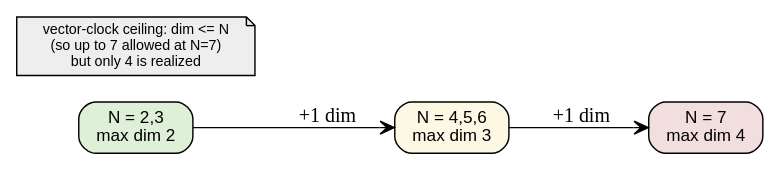
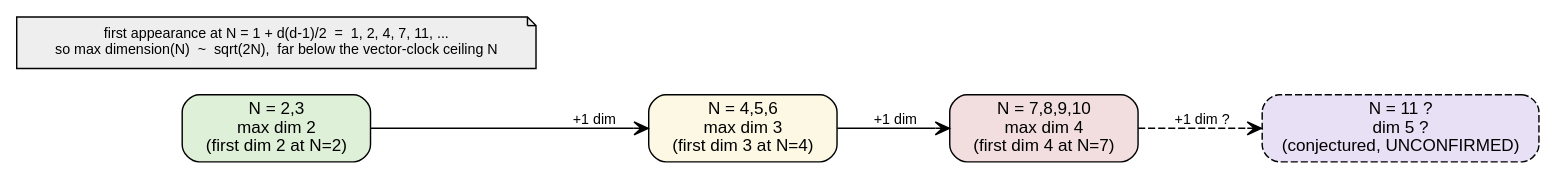
Before and after one commit to KotyanTheKhan/playground: the diagram in nomadim/data/frontier-sync/figs/dim_vs_n.dot, drawn with Graphviz. The commit also changed 8 other files, not shown here.

```diff
--- a/nomadim/data/frontier-sync/figs/dim_vs_n.dot
+++ b/nomadim/data/frontier-sync/figs/dim_vs_n.dot
@@ -1,18 +1,21 @@
 // Max attainable order dimension of a fully frontier-synchronized execution,
 // as a function of N (number of processes). Climbs far slower than the
-// vector-clock ceiling of N.
+// vector-clock ceiling of N: a new dimension first appears at N = 1 + C(d,2),
+// i.e. at N = 2, 4, 7, (conjectured) 11.
 digraph dimvn {
   rankdir=LR;
   node [shape=box, style="rounded,filled", fontname="Helvetica", fontsize=12];
-  edge [arrowhead=vee];
+  edge [arrowhead=vee, fontname="Helvetica", fontsize=10];
 
-  n2 [label="N = 2,3\nmax dim 2", fillcolor="#dff0d8"];
-  n4 [label="N = 4,5,6\nmax dim 3", fillcolor="#fcf8e3"];
-  n7 [label="N = 7\nmax dim 4", fillcolor="#f2dede"];
+  n2  [label="N = 2,3\nmax dim 2\n(first dim 2 at N=2)",      fillcolor="#dff0d8"];
+  n4  [label="N = 4,5,6\nmax dim 3\n(first dim 3 at N=4)",    fillcolor="#fcf8e3"];
+  n7  [label="N = 7,8,9,10\nmax dim 4\n(first dim 4 at N=7)", fillcolor="#f2dede"];
+  n11 [label="N = 11 ?\ndim 5 ?\n(conjectured, UNCONFIRMED)", fillcolor="#e8e0f5", style="rounded,filled,dashed"];
 
-  n2 -> n4 [label="  +1 dim"];
-  n4 -> n7 [label="  +1 dim"];
+  n2 -> n4  [label="  +1 dim"];
+  n4 -> n7  [label="  +1 dim"];
+  n7 -> n11 [label="  +1 dim ?", style=dashed];
 
-  ceil [label="vector-clock ceiling: dim <= N\n(so up to 7 allowed at N=7)\nbut only 4 is realized",
-        shape=note, fillcolor="#eeeeee", fontsize=10];
+  law [label="first appearance at N = 1 + d(d-1)/2  =  1, 2, 4, 7, 11, ...\nso max dimension(N)  ~  sqrt(2N),  far below the vector-clock ceiling N",
+       shape=note, fillcolor="#eeeeee", fontsize=10];
 }
```
